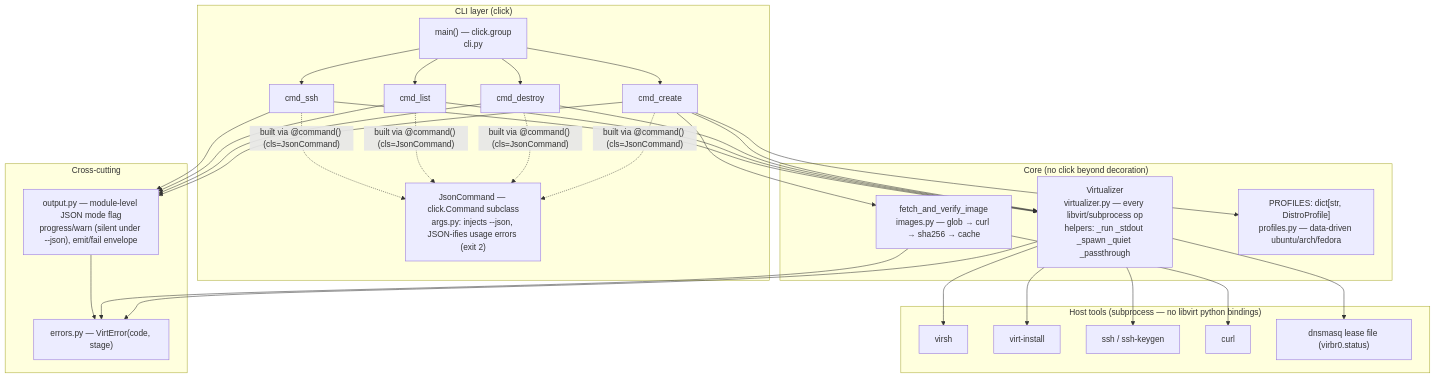
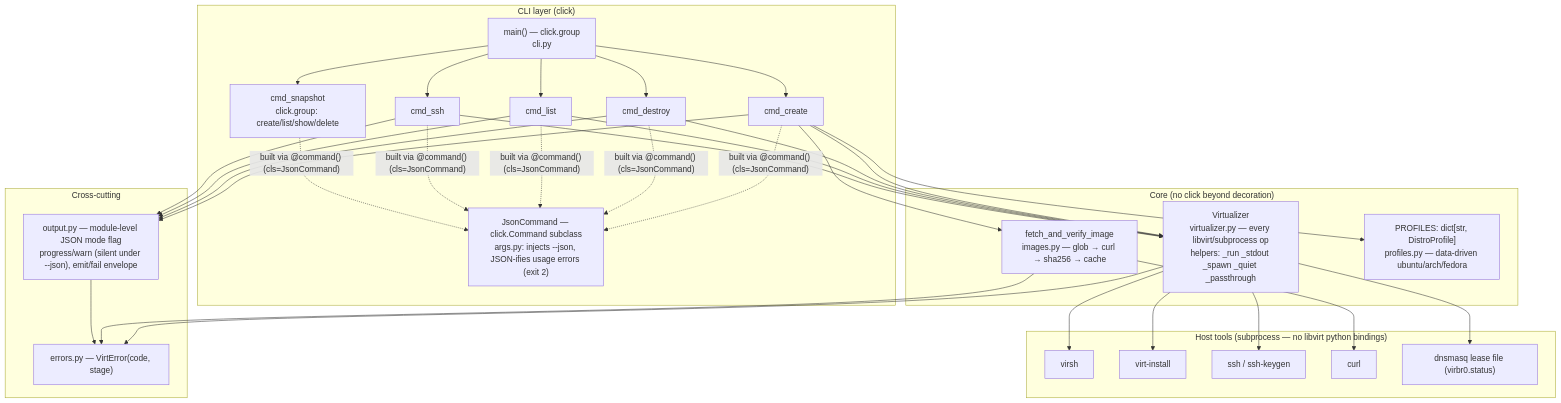
The first of 8 diagrams in docs/architecture-diagrams/README.md (Kubementat/virt-runner), drawn with Mermaid before and after one commit. The commit also changed other lines of this file and 9 other files, not shown here.

````diff
--- a/docs/architecture-diagrams/README.md
+++ b/docs/architecture-diagrams/README.md
@@ -9,46 +9,47 @@
 ```mermaid
 flowchart TB
     subgraph CLI["CLI layer (click)"]
         MAIN["main() — click.group<br/>cli.py"]
         JC["JsonCommand — click.Command subclass<br/>args.py: injects --json, JSON-ifies usage errors (exit 2)"]
         CC["cmd_create"]
         CD["cmd_destroy"]
         CL["cmd_list"]
         CS["cmd_ssh"]
+        CSN["cmd_snapshot<br/>click.group: create/list/show/delete"]
     end
 
     subgraph CORE["Core (no click beyond decoration)"]
         V["Virtualizer<br/>virtualizer.py — every libvirt/subprocess op<br/>helpers: _run _stdout _spawn _quiet _passthrough"]
         IMG["fetch_and_verify_image<br/>images.py — glob → curl → sha256 → cache"]
         PROF["PROFILES: dict[str, DistroProfile]<br/>profiles.py — data-driven ubuntu/arch/fedora"]
     end
 
     subgraph X["Cross-cutting"]
         OUT["output.py — module-level JSON mode flag<br/>progress/warn (silent under --json), emit/fail envelope"]
         ERR["errors.py — VirtError(code, stage)"]
     end
 
     subgraph HOST["Host tools (subprocess — no libvirt python bindings)"]
         T1["virsh"]
         T2["virt-install"]
         T3["ssh / ssh-keygen"]
         T4["curl"]
         T5["dnsmasq lease file (virbr0.status)"]
     end
 
-    MAIN --> CC & CD & CL & CS
-    CC & CD & CL & CS -. "built via @command() (cls=JsonCommand)" .-> JC
+    MAIN --> CC & CD & CL & CS & CSN
+    CC & CD & CL & CS & CSN -. "built via @command() (cls=JsonCommand)" .-> JC
     CC --> V & IMG & PROF
     CD --> V
     CL --> V
     CS --> V
     V --> T1 & T2 & T3 & T5
     IMG --> T4
     CC --> OUT
     CD --> OUT
     CL --> OUT
     CS --> OUT
     V --> ERR
     IMG --> ERR
     OUT --> ERR
 ```
````
